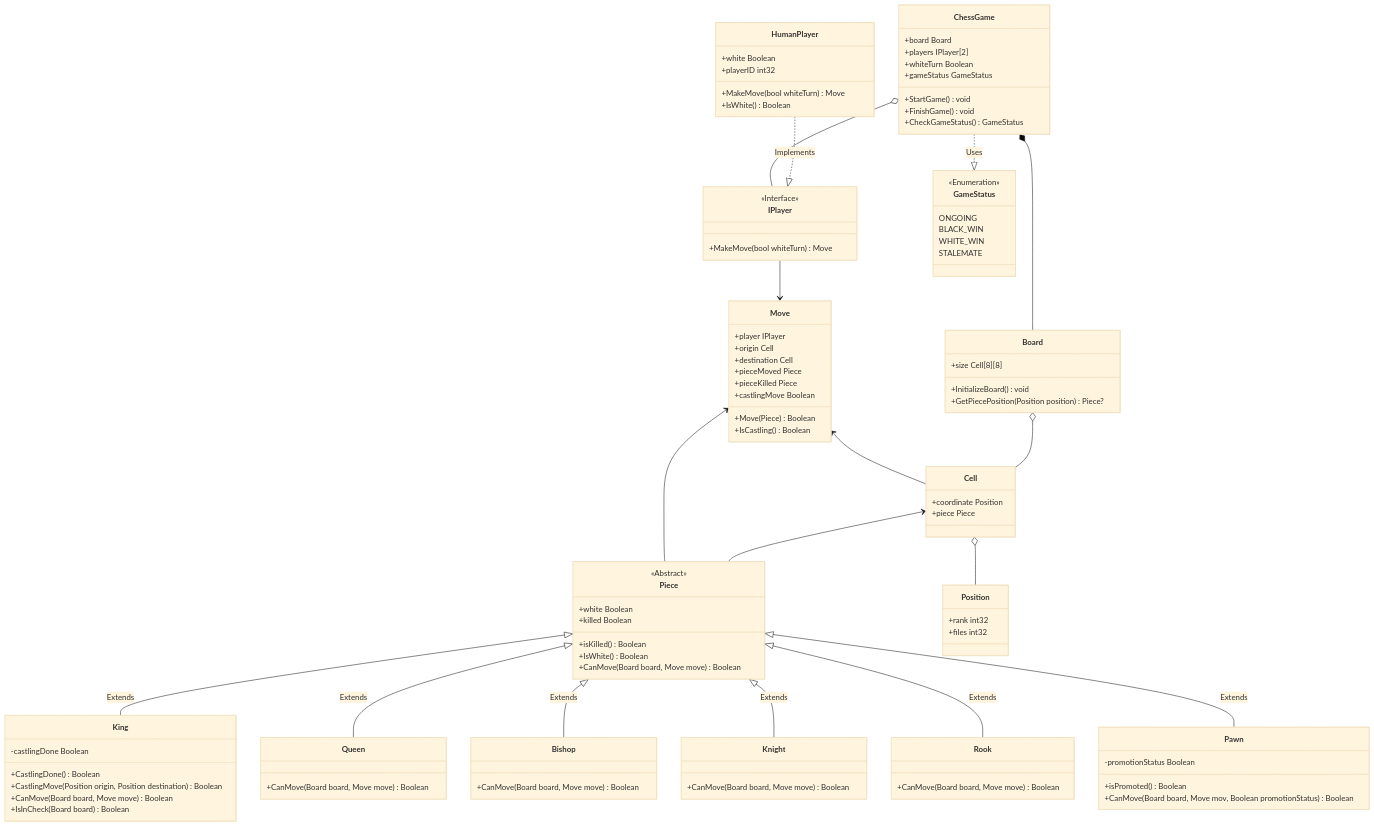
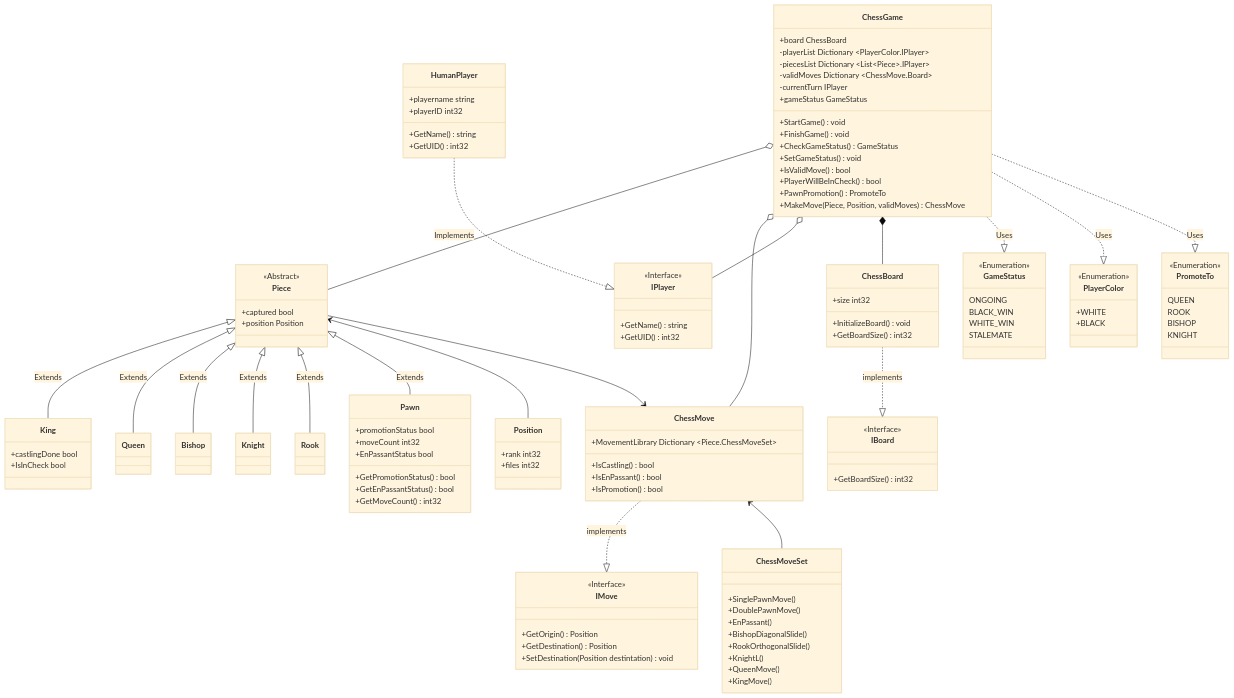
The diagram in ClassDiagramProject - Week3/Deliverables/Diagram.md (LuqmanAH/FormulatrixBootcampB3), drawn with Mermaid (base theme) before and after one commit. The commit also changed 1 other file, not shown here.

Commit message:
Updated: mermaid diagram file

````diff
--- a/ClassDiagramProject - Week3/Deliverables/Diagram.md
+++ b/ClassDiagramProject - Week3/Deliverables/Diagram.md
@@ -1,6 +1,6 @@
 ```mermaid
 classDiagram
-%% Pieces Extension
+%%  Extension
 Piece <|-- King : Extends
 Piece <|-- Queen : Extends
 Piece <|-- Bishop : Extends
@@ -12,66 +12,91 @@
 HumanPlayer ..|> IPlayer : Implements
 
 %% Baseline default object
-Cell <-- Piece
-Cell o-- Position
-Board o-- Cell
-
+ChessBoard ..|> IBoard : implements
+Piece <-- Position
+ChessGame o-- Piece
 
 %% Movement Engine
-Move <-- Cell
-Move <-- Piece
-%% Board o-- Piece
-IPlayer --> Move
+ChessMove ..|> IMove : implements
+ChessMove <-- ChessMoveSet
+ChessGame o-- ChessMove
+Piece --> ChessMove
 
 %% Game Env Generation
 ChessGame o-- IPlayer
-ChessGame *-- Board
+ChessGame *-- ChessBoard
 ChessGame ..|> GameStatus : Uses
+ChessGame ..|> PlayerColor : Uses
+ChessGame ..|> PromoteTo : Uses
 
 class ChessGame{
-    +board  Board
-    +players  IPlayer[2]
-    +whiteTurn  Boolean
+    +board  ChessBoard
+    -playerList Dictionary ~PlayerColor.IPlayer~
+    -piecesList Dictionary ~List~Piece~.IPlayer~
+    -validMoves Dictionary ~ChessMove.Board~
+    -currentTurn IPlayer
     +gameStatus GameStatus
     +StartGame() void
     +FinishGame() void
     +CheckGameStatus() GameStatus
+    +SetGameStatus() void
+    +IsValidMove() bool
+    +PlayerWillBeInCheck() bool
+    +PawnPromotion() PromoteTo
+    +MakeMove(Piece, Position, validMoves) ChessMove
 
 }
-
-class Board{
+class PlayerColor{
+    <<Enumeration>>
+    +WHITE
+    +BLACK
+}
+class ChessBoard{
     
-    +size Cell[8][8]
+    +size int32
     +InitializeBoard() void
-    +GetPiecePosition(Position position) Piece?
+    +GetBoardSize() int32
 
 }
-class Cell{
-    
-    +coordinate Position
-    +piece Piece
+class IBoard{
+    <<Interface>>
+    +GetBoardSize() int32
 }
 class IPlayer{
     <<Interface>>
-    +MakeMove(bool whiteTurn) Move
+    +GetName() string
+    +GetUID() int32
 }
 class HumanPlayer{
     
-    +white Boolean
+    +playername string
     +playerID int32
-    +MakeMove(bool whiteTurn) Move
-    +IsWhite() Boolean
+    +GetName() string
+    +GetUID() int32
 }
-class Move{
+class ChessMove{
     
-    +player IPlayer
-    +origin  Cell
-    +destination  Cell
-    +pieceMoved  Piece
-    +pieceKilled  Piece
-    +castlingMove  Boolean
-    +Move(Piece) Boolean
-    +IsCastling() Boolean
+    +MovementLibrary Dictionary ~Piece.ChessMoveSet~
+    +IsCastling() bool
+    +IsEnPassant() bool
+    +IsPromotion() bool
+
+}
+class IMove{
+    <<Interface>>
+    +GetOrigin() Position
+    +GetDestination() Position
+    +SetDestination(Position destintation) void
+}
+class ChessMoveSet{
+    +SinglePawnMove()
+    +DoublePawnMove()
+    +EnPassant()
+    +BishopDiagonalSlide()
+    +RookOrthogonalSlide()
+    +KnightL()
+    +QueenMove()
+    +KingMove()
 }
 class Position{
     
@@ -85,46 +110,45 @@
     WHITE_WIN
     STALEMATE
 }
+class PromoteTo{
+    <<Enumeration>>
+    QUEEN
+    ROOK
+    BISHOP
+    KNIGHT
+}
 class Piece{
     <<Abstract>>
-    +white  Boolean
-    +killed  Boolean
-    +isKilled() Boolean
-    +IsWhite() Boolean
-    +CanMove(Board board, Move move) Boolean
-
+    +captured  bool
+    +position Position
 }
 class King{
     
-    -castlingDone Boolean
-    +CastlingDone() Boolean
-    +CastlingMove(Position origin, Position destination) Boolean
-    +CanMove(Board board, Move move) Boolean
-    +IsInCheck(Board board) Boolean
+    +castlingDone bool
+    +IsInCheck bool
 }
 class Queen{
     
-    +CanMove(Board board, Move move) Boolean
 }
 class Knight{
     
-    +CanMove(Board board, Move move) Boolean
 
 }
 class Bishop{
     
-    +CanMove(Board board, Move move) Boolean
     
 }
 class Rook{
     
-    +CanMove(Board board, Move move) Boolean
 
 }
 class Pawn{
     
-    -promotionStatus Boolean
-    +isPromoted() Boolean
-    +CanMove(Board board, Move mov, Boolean promotionStatus) Boolean
+    +promotionStatus bool
+    +moveCount int32
+    +EnPassantStatus bool
+    +GetPromotionStatus() bool
+    +GetEnPassantStatus() bool
+    +GetMoveCount() int32
 }
 ```
````
